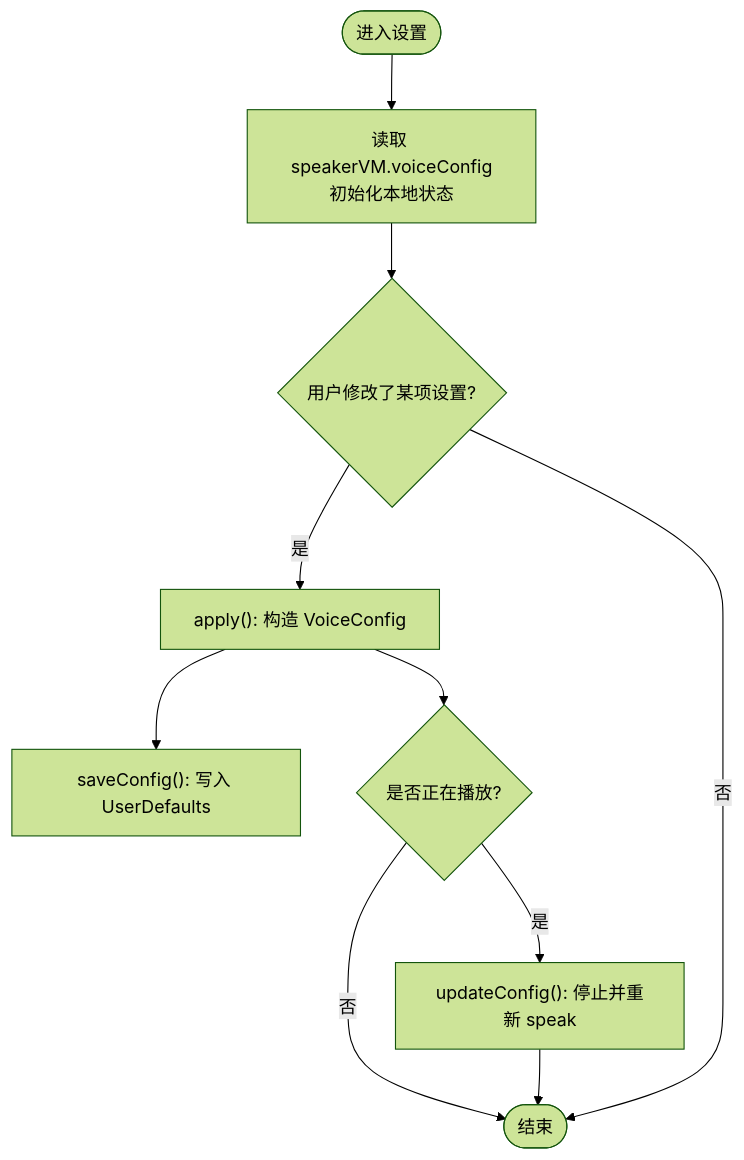
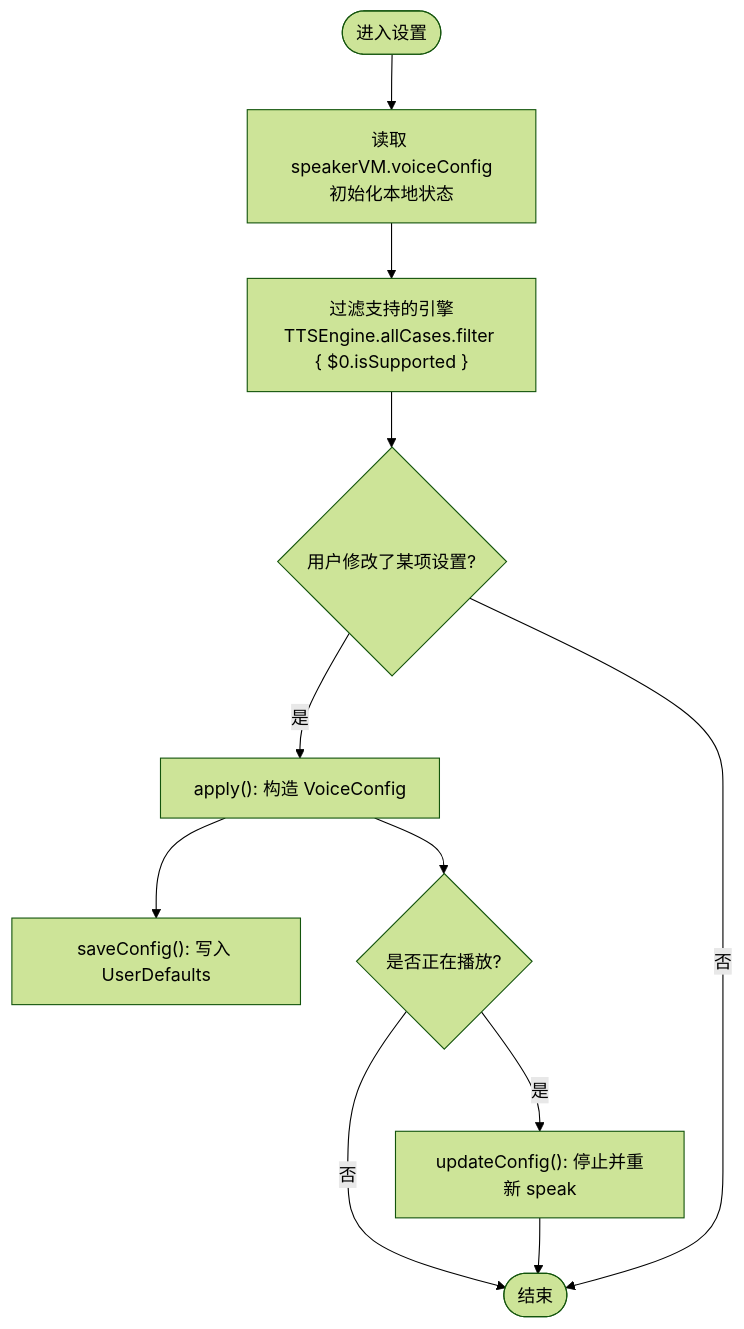
One commit to Primoguo/Knowledge changed the third of 8 diagrams in .qoder/repowiki/zh/content/用户界面设计/设置界面/设置界面.md. Above: the diagram before and after it, drawn with Mermaid (forest theme). The commit also changed other lines of this file and 32 other files, not shown here.

Commit message:
refactor: 优化 TTSEngine.isSupported 逻辑，明确各引擎的版本要求

````diff
--- a/.qoder/repowiki/zh/content/用户界面设计/设置界面/设置界面.md
+++ b/.qoder/repowiki/zh/content/用户界面设计/设置界面/设置界面.md
@@ -178,12 +166,13 @@
 ```mermaid
 flowchart TD
 Start(["进入设置"]) --> Init["读取 speakerVM.voiceConfig<br/>初始化本地状态"]
-Init --> UserChange{"用户修改了某项设置?"}
+Init --> Filter["过滤支持的引擎<br/>TTSEngine.allCases.filter { $0.isSupported }"]
+Filter --> UserChange{"用户修改了某项设置?"}
 UserChange --> |是| Apply["apply(): 构造 VoiceConfig"]
 Apply --> Persist["saveConfig(): 写入 UserDefaults"]
 Apply --> Playing{"是否正在播放?"}
 Playing --> |是| Update["updateConfig(): 停止并重新 speak"]
 Playing --> |否| End(["结束"])
 Update --> End
 UserChange --> |否| End
 ```
````
